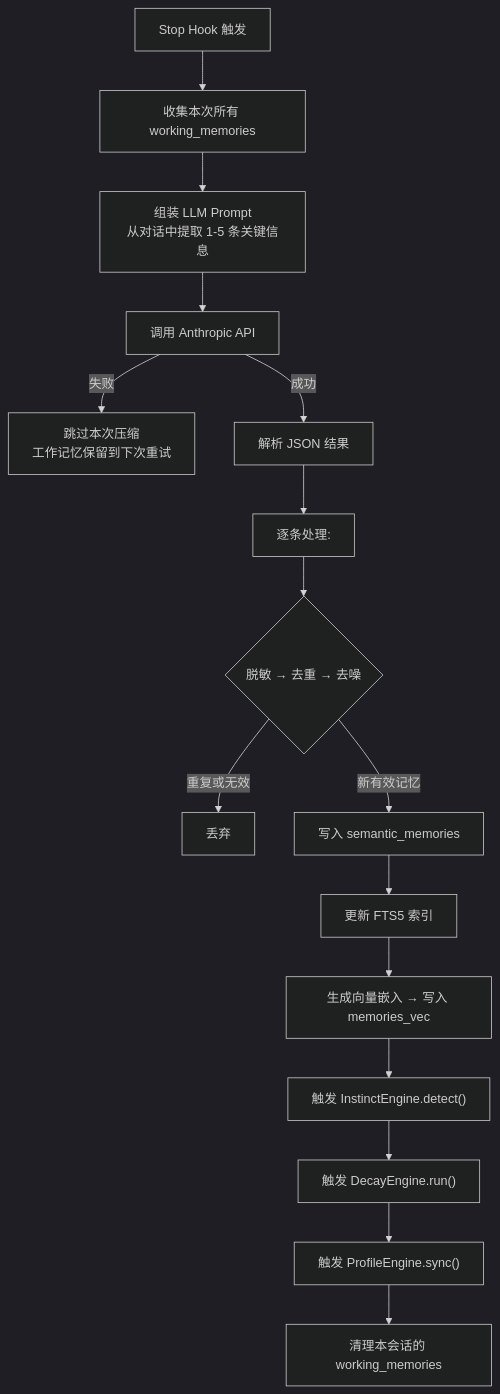
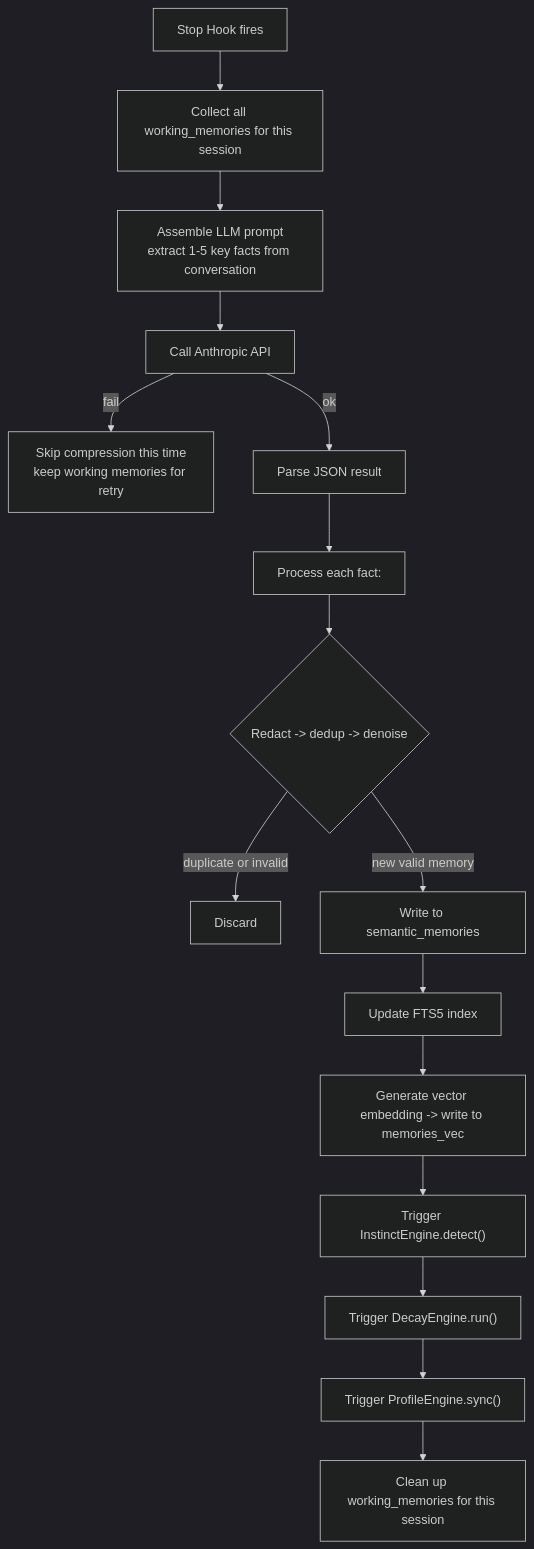
Before and after one commit to Lucas-lgm/clio: the sixth of 10 diagrams in docs/architecture.md, drawn with Mermaid (dark theme). The commit also changed other lines of this file and 13 other files, not shown here.

First line of the commit message:
feat: complete memory system with logger, English docs, and vector embeddings

````diff
--- a/docs/architecture.md
+++ b/docs/architecture.md
@@ -313,18 +313,18 @@
 ```mermaid
 flowchart TD
-    A[Stop Hook 触发] --> B[收集本次所有 working_memories]
-    B --> C["组装 LLM Prompt<br>从对话中提取 1-5 条关键信息"]
-    C --> D[调用 Anthropic API]
-    D -->|失败| E["跳过本次压缩<br>工作记忆保留到下次重试"]
-    D -->|成功| F[解析 JSON 结果]
-    F --> G[逐条处理:]
-    G --> H{脱敏 → 去重 → 去噪}
-    H -->|重复或无效| I[丢弃]
-    H -->|新有效记忆| J[写入 semantic_memories]
-    J --> K[更新 FTS5 索引]
-    K --> L[生成向量嵌入 → 写入 memories_vec]
-    L --> M["触发 InstinctEngine.detect()"]
-    M --> N["触发 DecayEngine.run()"]
-    N --> O["触发 ProfileEngine.sync()"]
-    O --> P[清理本会话的 working_memories]
+    A["Stop Hook fires"] --> B["Collect all working_memories for this session"]
+    B --> C["Assemble LLM prompt<br>extract 1-5 key facts from conversation"]
+    C --> D["Call Anthropic API"]
+    D -->|fail| E["Skip compression this time<br>keep working memories for retry"]
+    D -->|ok| F["Parse JSON result"]
+    F --> G["Process each fact:"]
+    G --> H{Redact -> dedup -> denoise}
+    H -->|duplicate or invalid| I["Discard"]
+    H -->|new valid memory| J["Write to semantic_memories"]
+    J --> K["Update FTS5 index"]
+    K --> L["Generate vector embedding -> write to memories_vec"]
+    L --> M["Trigger InstinctEngine.detect()"]
+    M --> N["Trigger DecayEngine.run()"]
+    N --> O["Trigger ProfileEngine.sync()"]
+    O --> P["Clean up working_memories for this session"]
 ```
````
